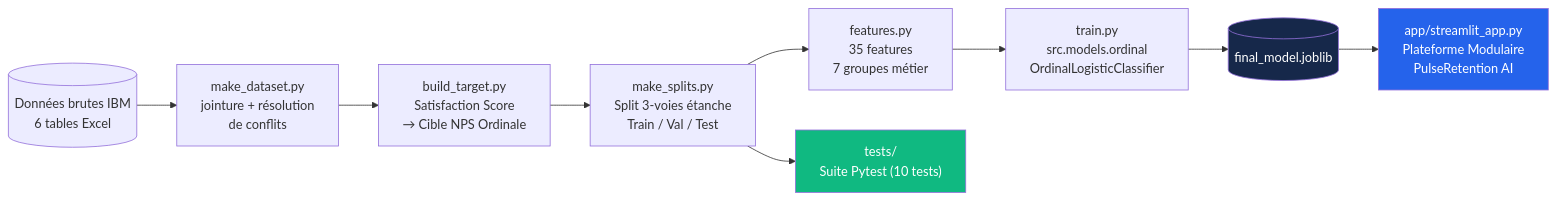
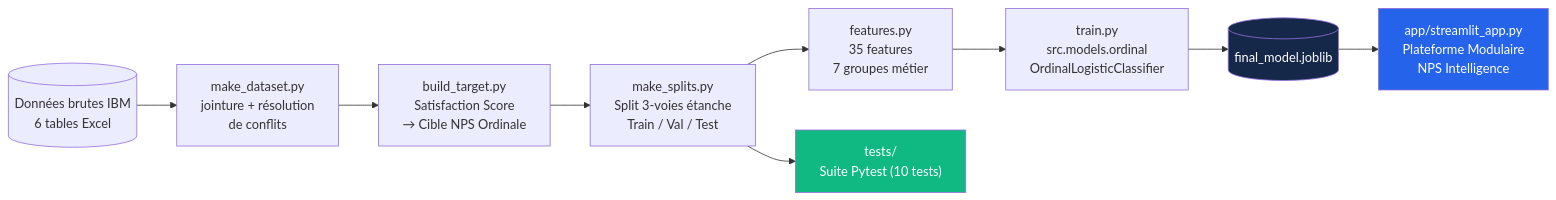
The diagram in DOCUMENTATION.md (grimael/NPS_Project), drawn with Mermaid before and after one commit. The commit also changed other lines of this file and 15 other files, not shown here.

Commit message:
Rename platform to NPS Intelligence

````diff
--- a/DOCUMENTATION.md
+++ b/DOCUMENTATION.md
@@ -71,15 +71,15 @@
 ```mermaid
 flowchart LR
     A[("Données brutes IBM<br/>6 tables Excel")] --> B["make_dataset.py<br/>jointure + résolution<br/>de conflits"]
     B --> C["build_target.py<br/>Satisfaction Score<br/>→ Cible NPS Ordinale"]
     C --> D["make_splits.py<br/>Split 3-voies étanche<br/>Train / Val / Test"]
     D --> E["features.py<br/>35 features<br/>7 groupes métier"]
     E --> F["train.py<br/>src.models.ordinal<br/>OrdinalLogisticClassifier"]
     F --> G[("final_model.joblib")]
-    G --> H["app/streamlit_app.py<br/>Plateforme Modulaire<br/>PulseRetention AI"]
+    G --> H["app/streamlit_app.py<br/>Plateforme Modulaire<br/>NPS Intelligence"]
     D --> I["tests/<br/>Suite Pytest (10 tests)"]
 
     style G fill:#16284A,color:#fff
     style H fill:#2563EB,color:#fff
     style I fill:#10B981,color:#fff
 ```
````
